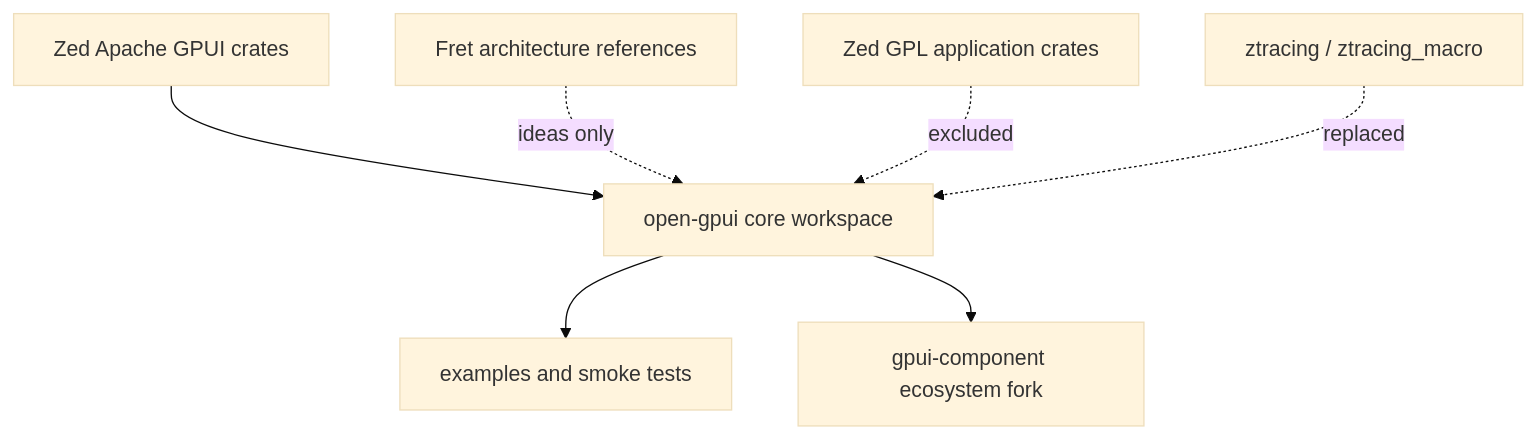
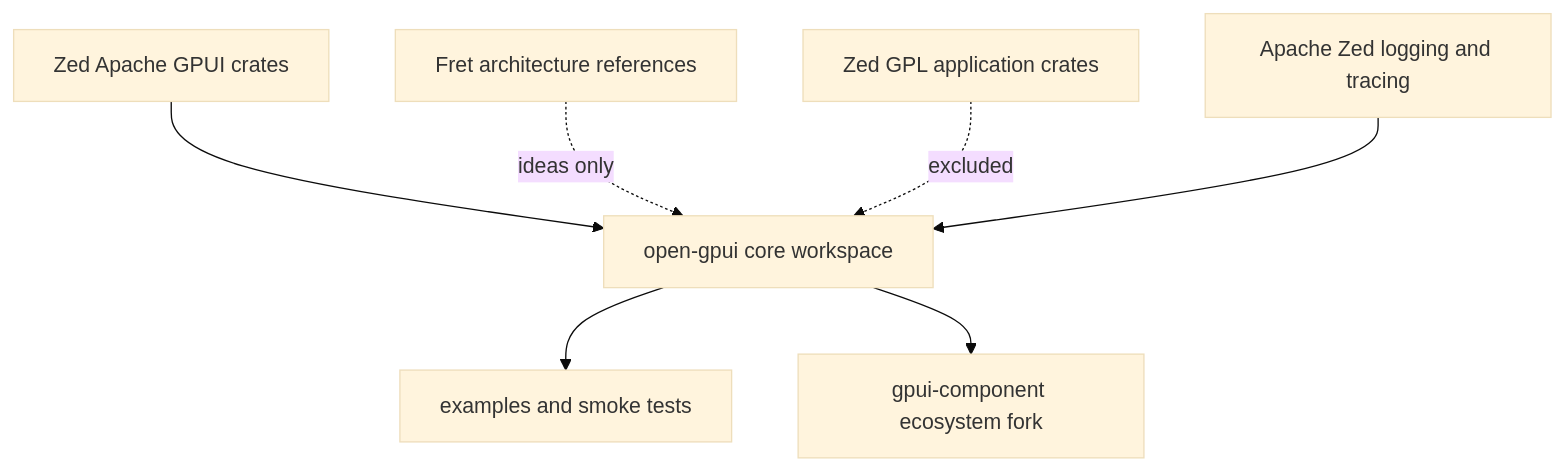
The diagram in docs/adr/0001-open-gpui-fork-strategy.md (Latias94/open-gpui), drawn with Mermaid (base theme) before and after one commit. The commit also changed other lines of this file and 8 other files, not shown here.

````diff
--- a/docs/adr/0001-open-gpui-fork-strategy.md
+++ b/docs/adr/0001-open-gpui-fork-strategy.md
@@ -100,9 +105,9 @@
 ```mermaid
 flowchart TD
     ZedApache[Zed Apache GPUI crates] --> Core[open-gpui core workspace]
     Core --> Examples[examples and smoke tests]
     Core --> Components[gpui-component ecosystem fork]
     Fret[Fret architecture references] -.ideas only.-> Core
     ZedGPL[Zed GPL application crates] -.excluded.-> Core
-    ZTracing[ztracing / ztracing_macro] -.replaced.-> Core
+    ZTracing[Apache Zed logging and tracing] --> Core
 ```
````
